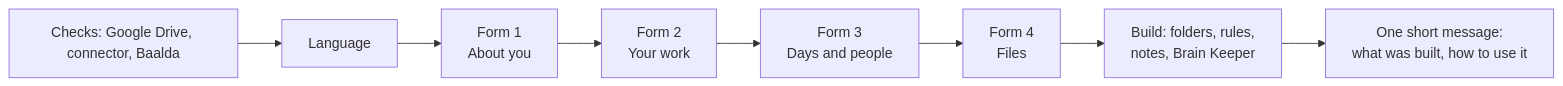
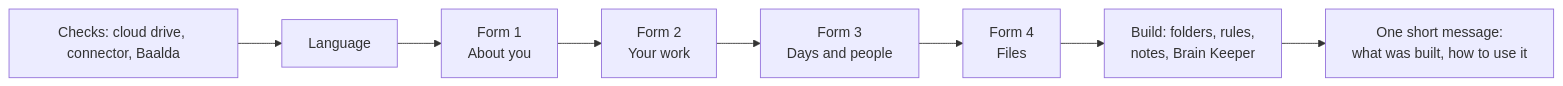
Before and after one commit to Phygital-Brain/phygital-brain: the second of 2 diagrams in README.md, drawn with Mermaid. The commit also changed other lines of this file and 14 other files, not shown here.

Commit message:
FAQ page; any cloud drive and any agent; calmer hero; serious badges

````diff
--- a/README.md
+++ b/README.md
@@ -150,7 +159,7 @@
 ```mermaid
 flowchart LR
-    C[Checks: Google Drive, connector, Baalda] --> L[Language]
+    C[Checks: cloud drive, connector, Baalda] --> L[Language]
     L --> F1[Form 1<br>About you] --> F2[Form 2<br>Your work] --> F3[Form 3<br>Days and people] --> F4[Form 4<br>Files]
     F4 --> B[Build: folders, rules,<br>notes, Brain Keeper]
     B --> D[One short message:<br>what was built, how to use it]
 ```
````
